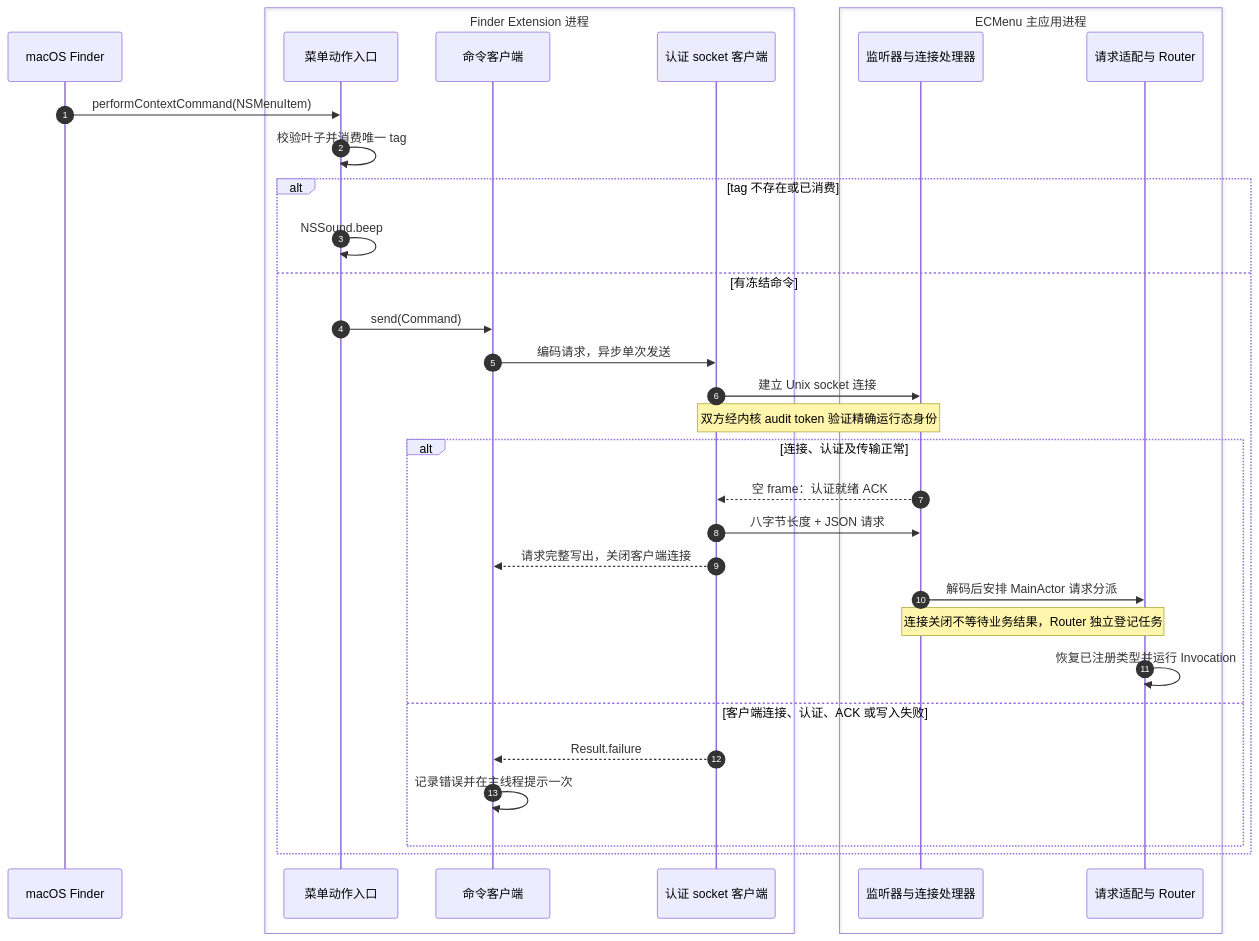
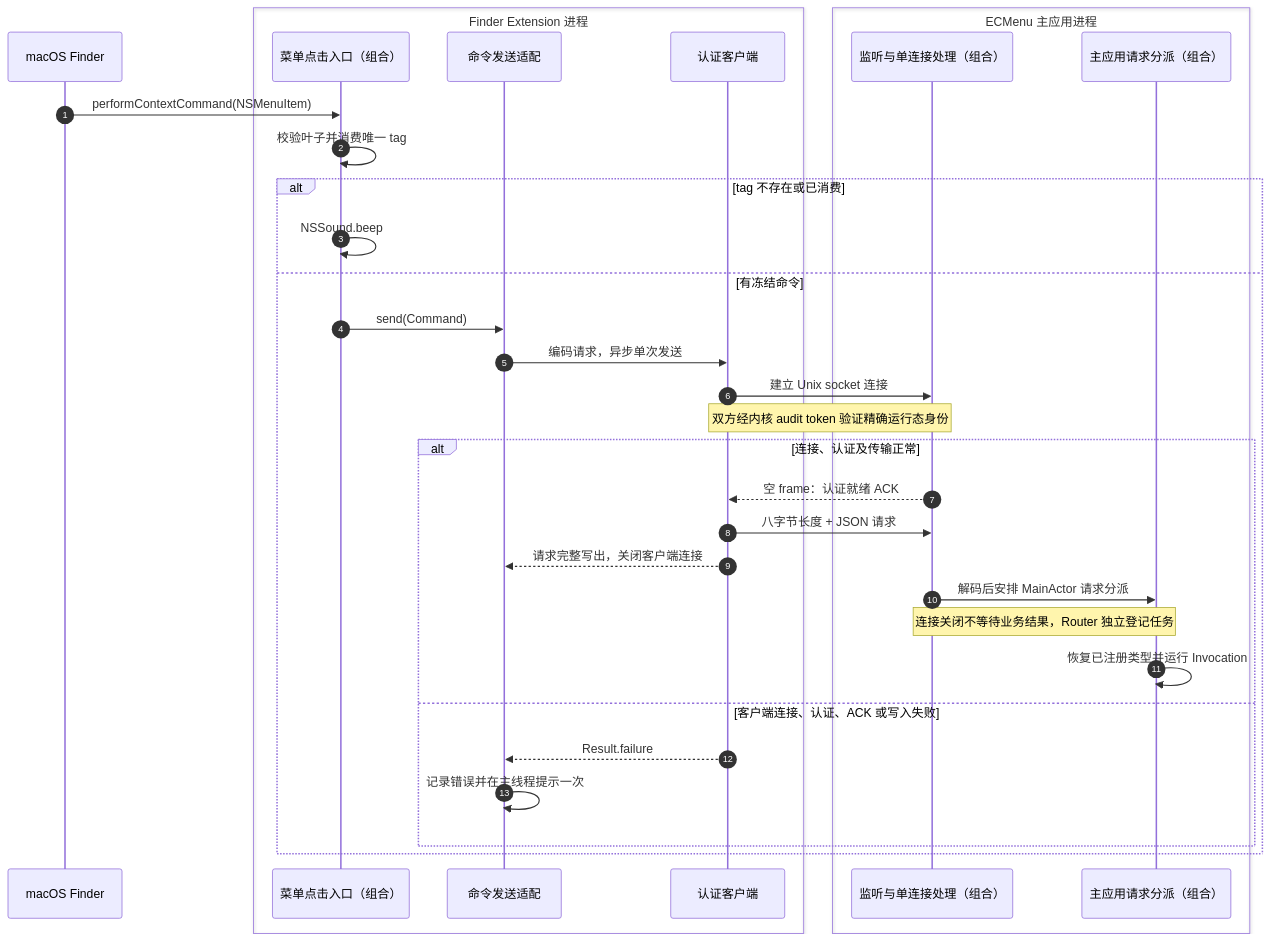
Before and after one commit to tlb-22/mac-tool-ecmenu: the third of 4 diagrams in spec/Technical/Runtime/MenuExecution.md, drawn with Mermaid. The commit also changed other lines of this file and 38 other files, not shown here.

````diff
--- a/spec/Technical/Runtime/MenuExecution.md
+++ b/spec/Technical/Runtime/MenuExecution.md
@@ -104,35 +110,35 @@
 ```mermaid
 sequenceDiagram
     autonumber
     participant F as macOS Finder
     box Finder Extension 进程
-        participant M as 菜单动作入口
-        participant C as 命令客户端
-        participant T as 认证 socket 客户端
+        participant M as 菜单点击入口（组合）
+        participant C as 命令发送适配
+        participant T as 认证客户端
     end
     box ECMenu 主应用进程
-        participant S as 监听器与连接处理器
-        participant R as 请求适配与 Router
+        participant S as 监听与单连接处理（组合）
+        participant R as 主应用请求分派（组合）
     end
     F->>M: performContextCommand(NSMenuItem)
     M->>M: 校验叶子并消费唯一 tag
     alt tag 不存在或已消费
         M->>M: NSSound.beep
     else 有冻结命令
         M->>C: send(Command)
         C->>T: 编码请求，异步单次发送
         T->>S: 建立 Unix socket 连接
         Note over T,S: 双方经内核 audit token 验证精确运行态身份
         alt 连接、认证及传输正常
             S-->>T: 空 frame：认证就绪 ACK
             T->>S: 八字节长度 + JSON 请求
             T-->>C: 请求完整写出，关闭客户端连接
             S->>R: 解码后安排 MainActor 请求分派
             Note over S,R: 连接关闭不等待业务结果，Router 独立登记任务
             R->>R: 恢复已注册类型并运行 Invocation
         else 客户端连接、认证、ACK 或写入失败
             T-->>C: Result.failure
             C->>C: 记录错误并在主线程提示一次
         end
     end
 ```
````
